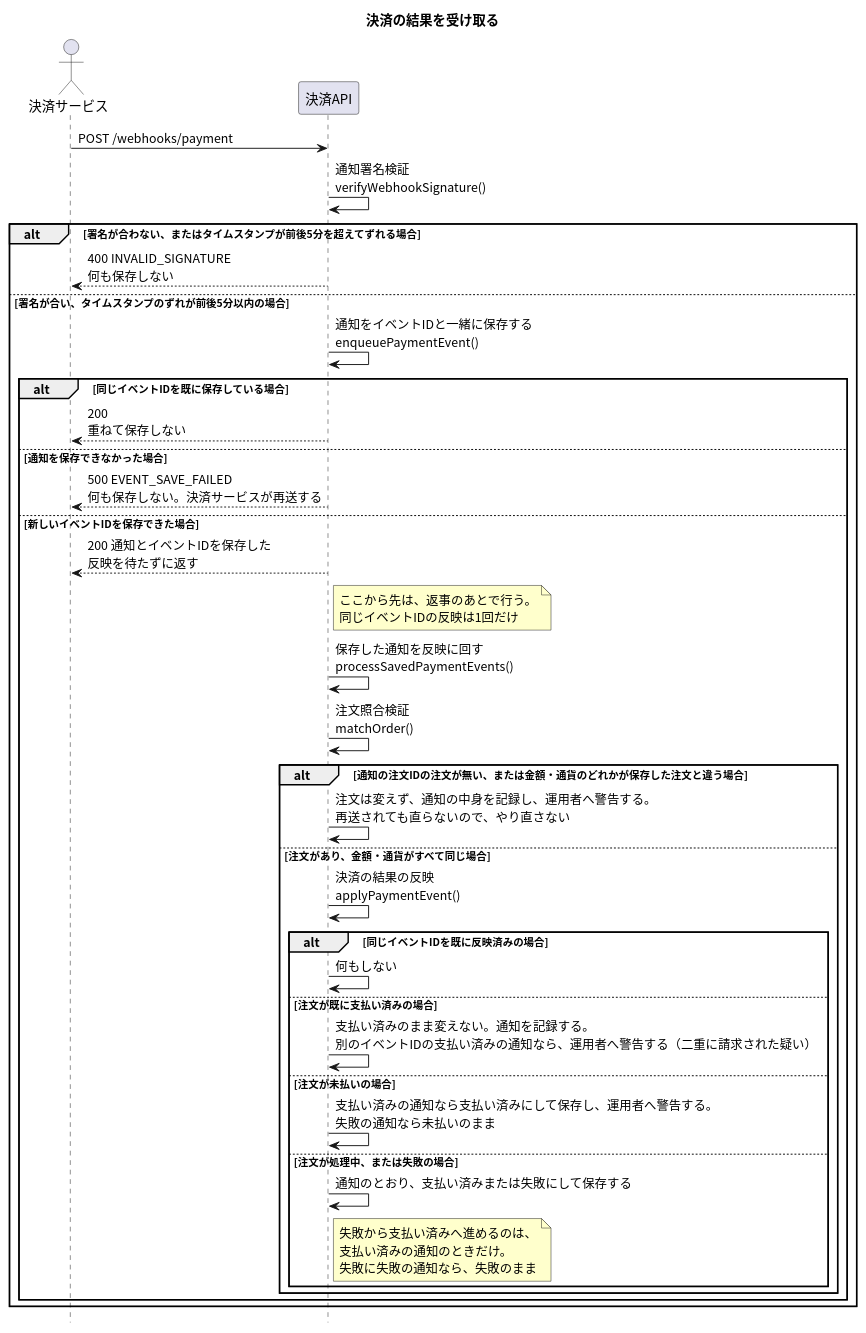
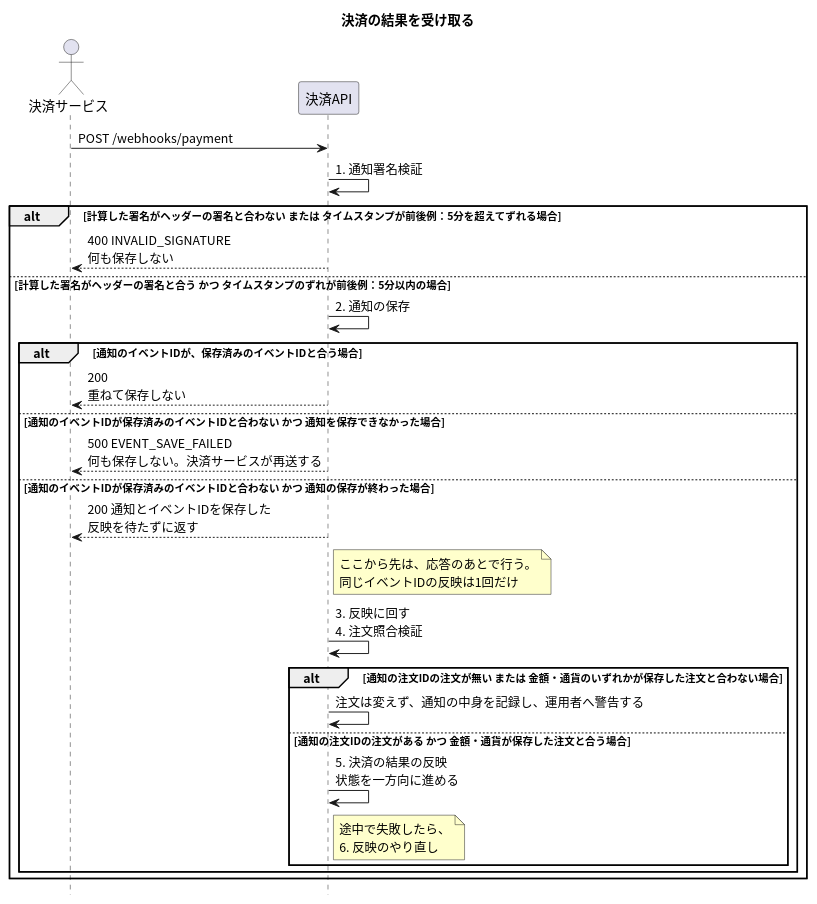
One commit to masamasamasato/design-doc-template changed the diagram in apis/payment-webhook/入口.puml. Above: the diagram before and after it, drawn with PlantUML. The commit also changed 28 other files, not shown here.

```diff
--- a/apis/payment-webhook/入口.puml
+++ b/apis/payment-webhook/入口.puml
@@ -1,45 +1,35 @@
 @startuml
 skinparam shadowing false
 skinparam defaultFontName "Noto Sans CJK JP"
 skinparam SequenceFontName "Noto Sans CJK JP"
 skinparam NoteBackgroundColor #FFFFCC
 hide footbox
 
 title 決済の結果を受け取る
 
 actor "決済サービス" as PSP
 participant "決済API" as API
 
 PSP -> API : POST /webhooks/payment
-API -> API : 通知署名検証\nverifyWebhookSignature()
-alt 署名が合わない、またはタイムスタンプが前後5分を超えてずれる場合
+API -> API : 1. 通知署名検証
+alt 計算した署名がヘッダーの署名と合わない または タイムスタンプが前後例：5分を超えてずれる場合
   API --> PSP : 400 INVALID_SIGNATURE\n何も保存しない
-else 署名が合い、タイムスタンプのずれが前後5分以内の場合
-  API -> API : 通知をイベントIDと一緒に保存する\nenqueuePaymentEvent()
-  alt 同じイベントIDを既に保存している場合
+else 計算した署名がヘッダーの署名と合う かつ タイムスタンプのずれが前後例：5分以内の場合
+  API -> API : 2. 通知の保存
+  alt 通知のイベントIDが、保存済みのイベントIDと合う場合
     API --> PSP : 200\n重ねて保存しない
-  else 通知を保存できなかった場合
+  else 通知のイベントIDが保存済みのイベントIDと合わない かつ 通知を保存できなかった場合
     API --> PSP : 500 EVENT_SAVE_FAILED\n何も保存しない。決済サービスが再送する
-  else 新しいイベントIDを保存できた場合
+  else 通知のイベントIDが保存済みのイベントIDと合わない かつ 通知の保存が終わった場合
     API --> PSP : 200 通知とイベントIDを保存した\n反映を待たずに返す
-    note right of API : ここから先は、返事のあとで行う。\n同じイベントIDの反映は1回だけ
-    API -> API : 保存した通知を反映に回す\nprocessSavedPaymentEvents()
-    API -> API : 注文照合検証\nmatchOrder()
-    alt 通知の注文IDの注文が無い、または金額・通貨のどれかが保存した注文と違う場合
-      API -> API : 注文は変えず、通知の中身を記録し、運用者へ警告する。\n再送されても直らないので、やり直さない
-    else 注文があり、金額・通貨がすべて同じ場合
-      API -> API : 決済の結果の反映\napplyPaymentEvent()
-      alt 同じイベントIDを既に反映済みの場合
-        API -> API : 何もしない
-      else 注文が既に支払い済みの場合
-        API -> API : 支払い済みのまま変えない。通知を記録する。\n別のイベントIDの支払い済みの通知なら、運用者へ警告する（二重に請求された疑い）
-      else 注文が未払いの場合
-        API -> API : 支払い済みの通知なら支払い済みにして保存し、運用者へ警告する。\n失敗の通知なら未払いのまま
-      else 注文が処理中、または失敗の場合
-        API -> API : 通知のとおり、支払い済みまたは失敗にして保存する
-        note right of API : 失敗から支払い済みへ進めるのは、\n支払い済みの通知のときだけ。\n失敗に失敗の通知なら、失敗のまま
-      end
+    note right of API : ここから先は、応答のあとで行う。\n同じイベントIDの反映は1回だけ
+    API -> API : 3. 反映に回す\n4. 注文照合検証
+    alt 通知の注文IDの注文が無い または 金額・通貨のいずれかが保存した注文と合わない場合
+      API -> API : 注文は変えず、通知の中身を記録し、運用者へ警告する
+    else 通知の注文IDの注文がある かつ 金額・通貨が保存した注文と合う場合
+      API -> API : 5. 決済の結果の反映\n状態を一方向に進める
+      note right of API : 途中で失敗したら、\n6. 反映のやり直し
     end
   end
 end
 @enduml
```
